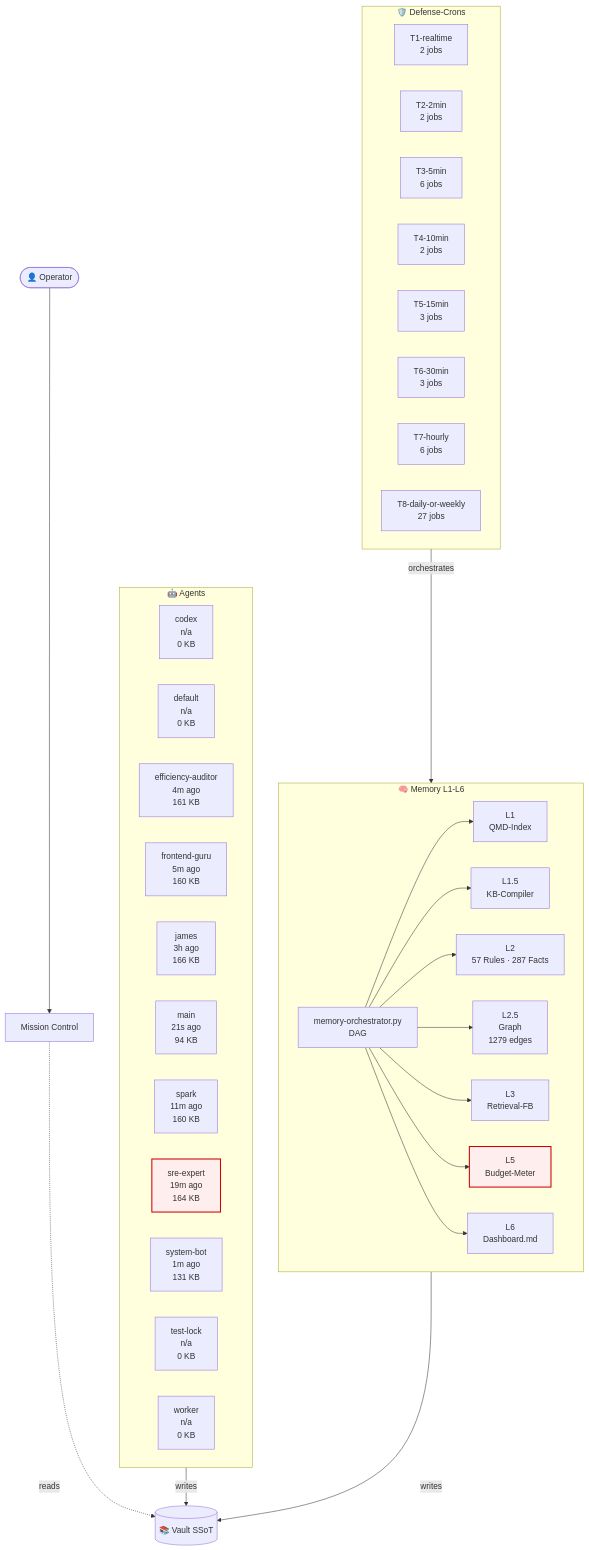
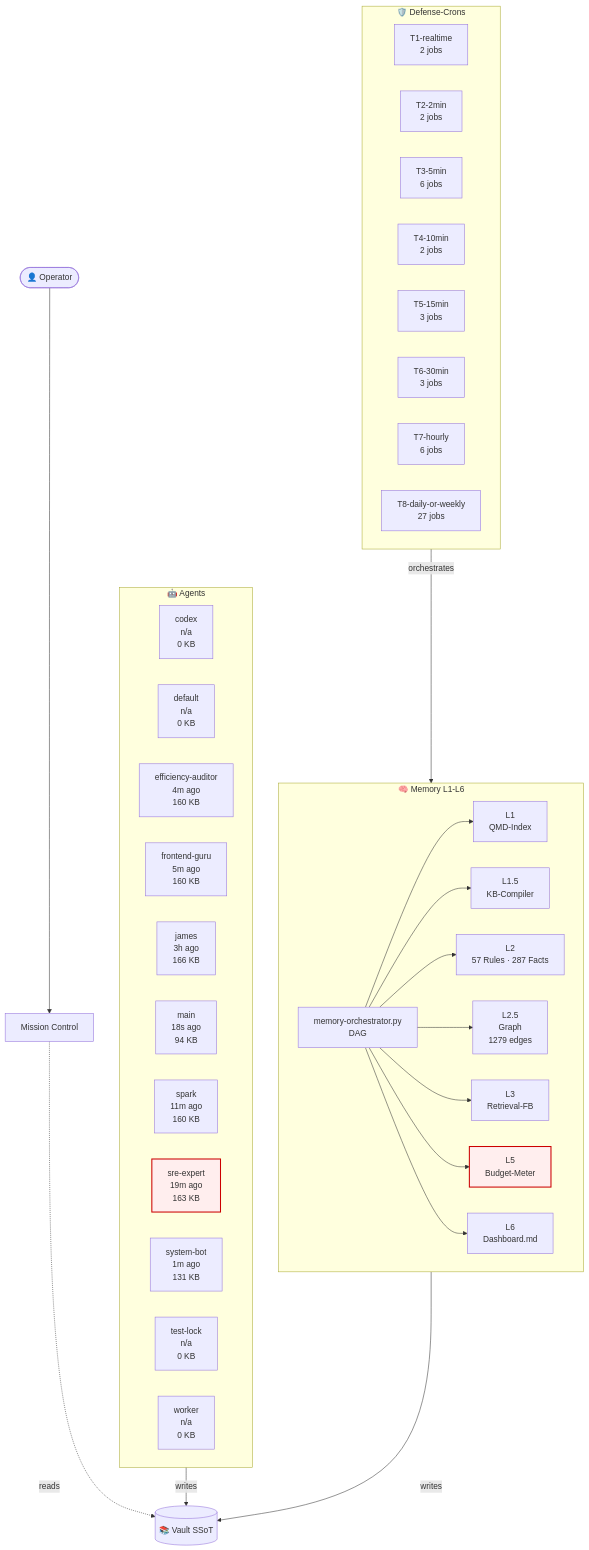
The diagram in 03-Agents/architecture-live.md (lenardhuebner88-rgb/openclaw-memory), drawn with Mermaid before and after one commit. The commit also changed other lines of this file and 17 other files, not shown here.

````diff
--- a/03-Agents/architecture-live.md
+++ b/03-Agents/architecture-live.md
@@ -18,54 +18,54 @@
 ```mermaid
 flowchart TB
     classDef critical fill:#fee,stroke:#c00,stroke-width:2px;
     subgraph AGT["🤖 Agents"]
         agent_codex["codex<br/>n/a<br/>0 KB"]
         agent_default["default<br/>n/a<br/>0 KB"]
-        agent_efficiency_auditor["efficiency-auditor<br/>4m ago<br/>161 KB"]
+        agent_efficiency_auditor["efficiency-auditor<br/>4m ago<br/>160 KB"]
         agent_frontend_guru["frontend-guru<br/>5m ago<br/>160 KB"]
         agent_james["james<br/>3h ago<br/>166 KB"]
-        agent_main["main<br/>21s ago<br/>94 KB"]
+        agent_main["main<br/>18s ago<br/>94 KB"]
         agent_spark["spark<br/>11m ago<br/>160 KB"]
-        agent_sre_expert["sre-expert<br/>19m ago<br/>164 KB"]
+        agent_sre_expert["sre-expert<br/>19m ago<br/>163 KB"]
         agent_system_bot["system-bot<br/>1m ago<br/>131 KB"]
         agent_test_lock["test-lock<br/>n/a<br/>0 KB"]
         agent_worker["worker<br/>n/a<br/>0 KB"]
     end
     subgraph MEM["🧠 Memory L1-L6"]
         L1["L1<br/>QMD-Index"]
         L15["L1.5<br/>KB-Compiler"]
         L2["L2<br/>57 Rules · 287 Facts"]
         L25["L2.5<br/>Graph<br/>1279 edges"]
         L3["L3<br/>Retrieval-FB"]
         L5["L5<br/>Budget-Meter"]
         L6["L6<br/>Dashboard.md"]
         ORCH["memory-orchestrator.py<br/>DAG"]
     end
     subgraph CRN["🛡️ Defense-Crons"]
         tier_T1_realtime["T1-realtime<br/>2 jobs"]
         tier_T2_2min["T2-2min<br/>2 jobs"]
         tier_T3_5min["T3-5min<br/>6 jobs"]
         tier_T4_10min["T4-10min<br/>2 jobs"]
         tier_T5_15min["T5-15min<br/>3 jobs"]
         tier_T6_30min["T6-30min<br/>3 jobs"]
         tier_T7_hourly["T7-hourly<br/>6 jobs"]
         tier_T8_daily_or_weekly["T8-daily-or-weekly<br/>27 jobs"]
     end
     VAULT[("📚 Vault SSoT")]
     OP([👤 Operator])
     MC["Mission Control"]
     OP --> MC
     MC -.reads.-> VAULT
     AGT -->|writes| VAULT
     MEM -->|writes| VAULT
     ORCH --> L1
     ORCH --> L15
     ORCH --> L2
     ORCH --> L25
     ORCH --> L3
     ORCH --> L5
     ORCH --> L6
     CRN -->|orchestrates| MEM
     class L5 critical
     class agent_sre_expert critical
 ```
````
